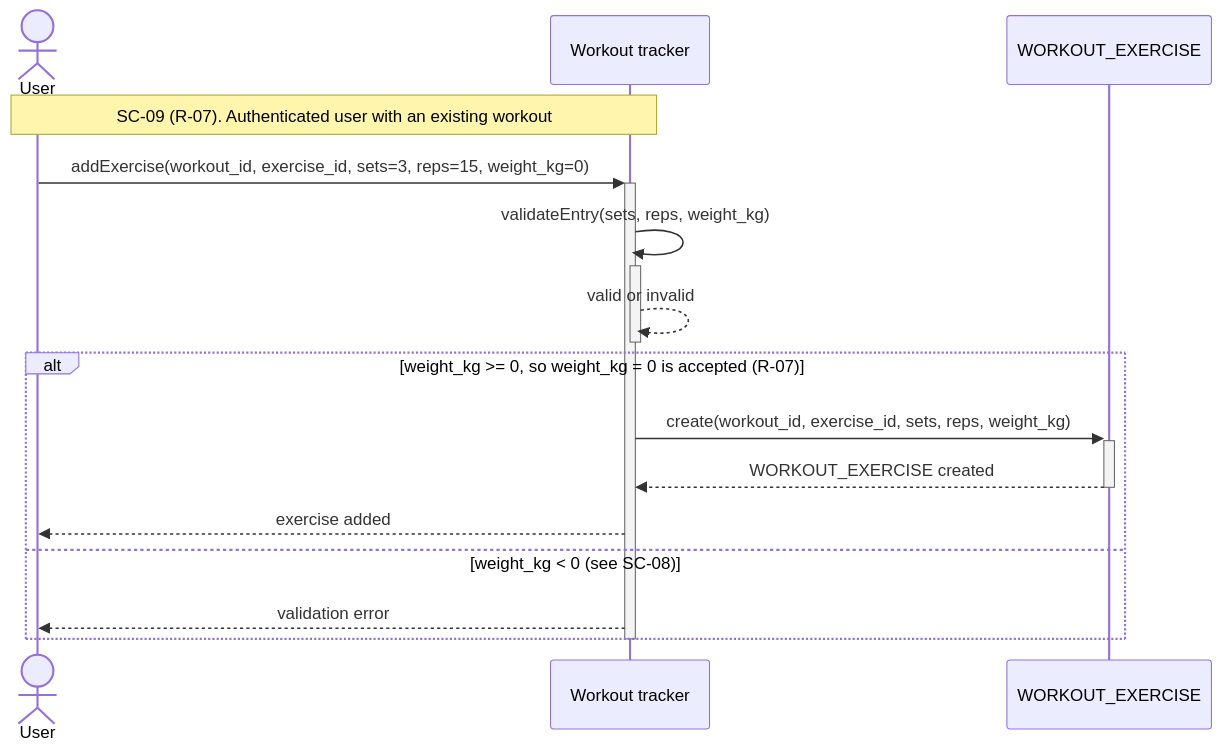
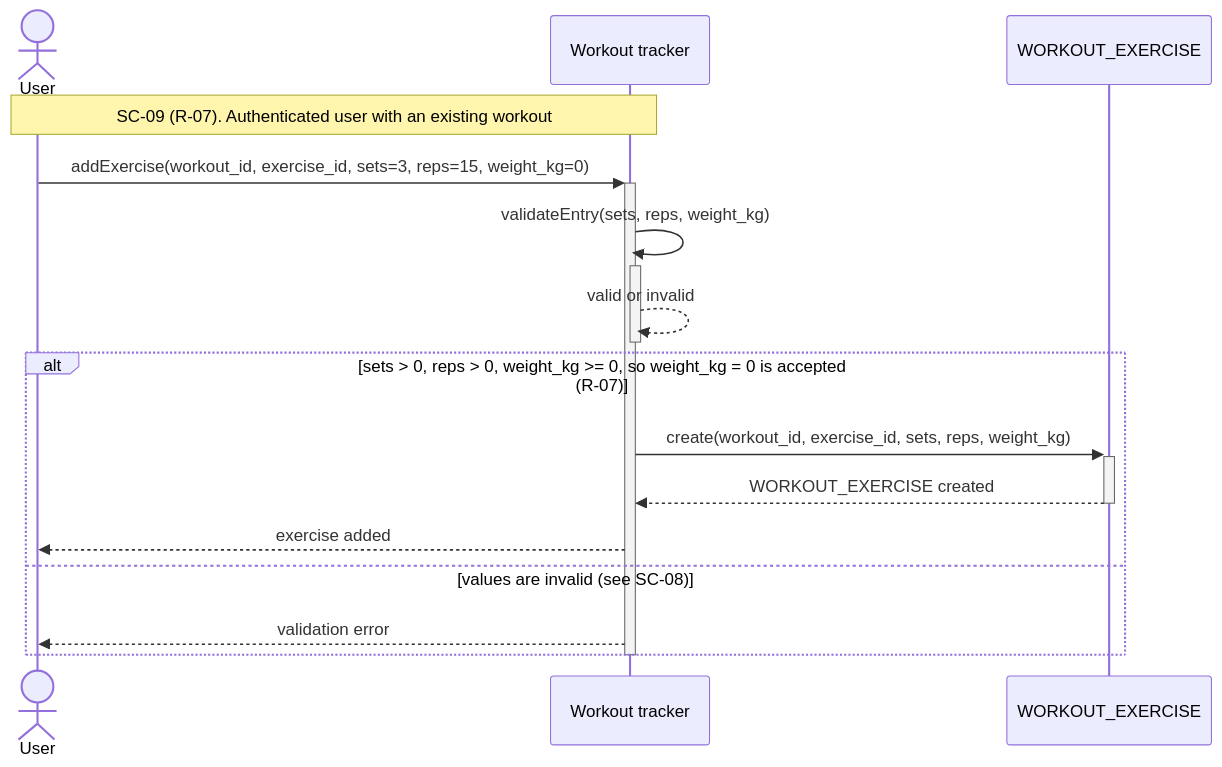
Before and after one commit to setlors/kpi-2: the diagram in task-3/sequence-diagram-sc-09.mmd, drawn with Mermaid. The commit also changed 1 other file, not shown here.

Commit message:
update sequence diagram to clarify validation conditions

```diff
--- a/task-3/sequence-diagram-sc-09.mmd
+++ b/task-3/sequence-diagram-sc-09.mmd
@@ -1,17 +1,17 @@
 sequenceDiagram
     actor U as User
     participant T as Workout tracker
     participant WE as WORKOUT_EXERCISE
 
     Note over U,T: SC-09 (R-07). Authenticated user with an existing workout
     U->>+T: addExercise(workout_id, exercise_id, sets=3, reps=15, weight_kg=0)
     T->>+T: validateEntry(sets, reps, weight_kg)
     T-->>-T: valid or invalid
-    alt weight_kg >= 0, so weight_kg = 0 is accepted (R-07)
+    alt sets > 0, reps > 0, weight_kg >= 0, so weight_kg = 0 is accepted (R-07)
         T->>+WE: create(workout_id, exercise_id, sets, reps, weight_kg)
         WE-->>-T: WORKOUT_EXERCISE created
         T-->>U: exercise added
-    else weight_kg < 0 (see SC-08)
+    else values are invalid (see SC-08)
         T-->>U: validation error
     end
     deactivate T
```
